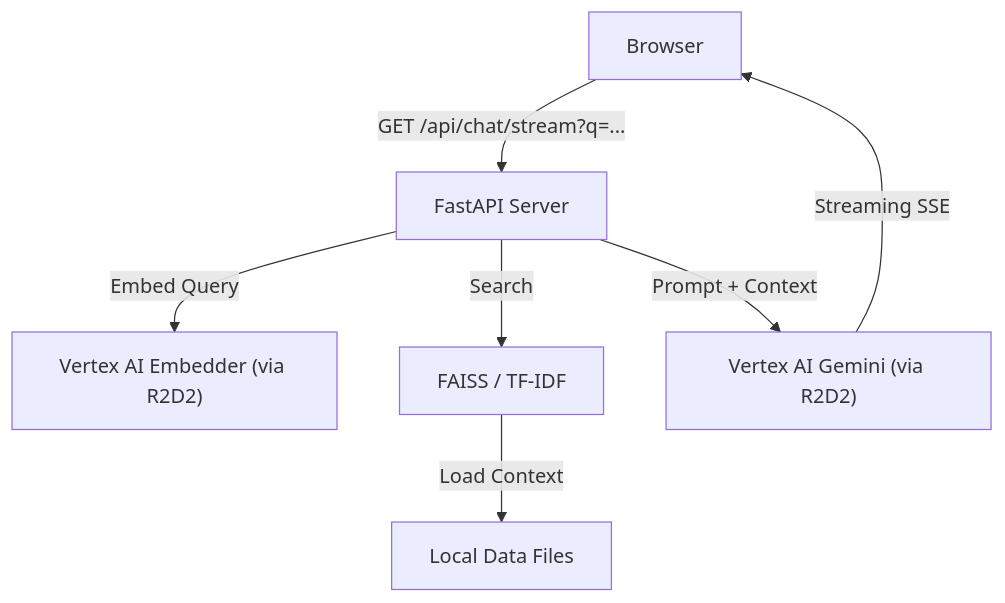
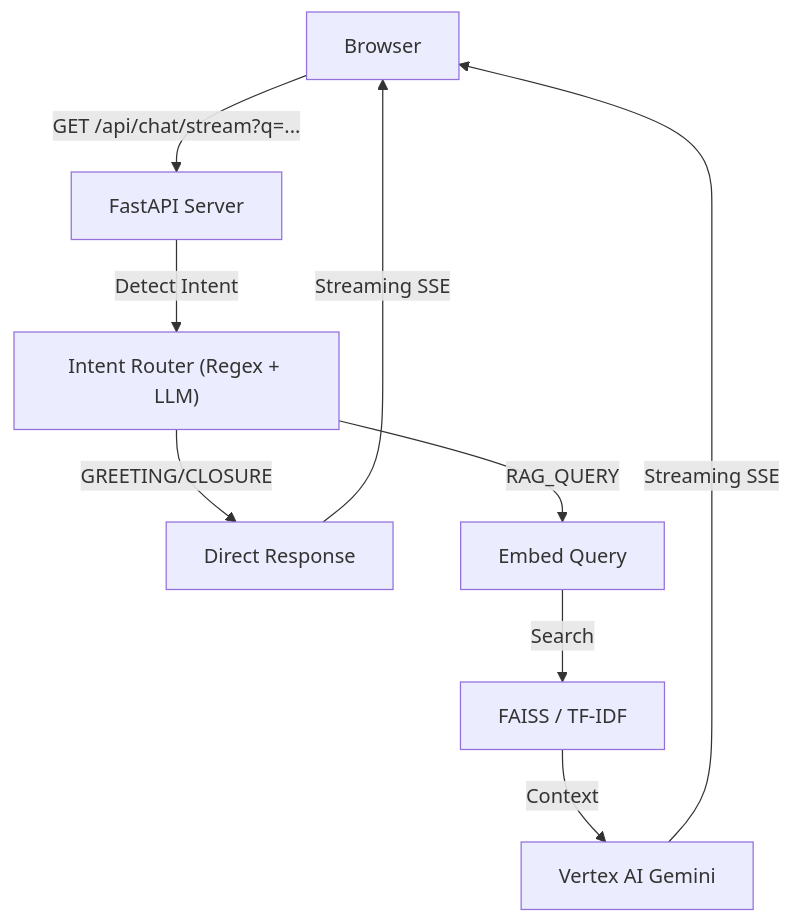
The diagram in ARCHITECTURE.md (sana-work/rag-poc), drawn with Mermaid before and after one commit. The commit also changed other lines of this file and 7 other files, not shown here.

````diff
--- a/ARCHITECTURE.md
+++ b/ARCHITECTURE.md
@@ -9,9 +9,11 @@
 ```mermaid
 graph TD
     Client["Browser"] -- "GET /api/chat/stream?q=..." --> API["FastAPI Server"]
-    API -- "Embed Query" --> Embedder["Vertex AI Embedder (via R2D2)"]
-    API -- "Search" --> Retriever["FAISS / TF-IDF"]
-    Retriever -- "Load Context" --> Files["Local Data Files"]
-    API -- "Prompt + Context" --> LLM["Vertex AI Gemini (via R2D2)"]
+    API -- "Detect Intent" --> Router["Intent Router (Regex + LLM)"]
+    Router -- "GREETING/CLOSURE" --> Respond["Direct Response"]
+    Router -- "RAG_QUERY" --> Embed["Embed Query"]
+    Embed -- "Search" --> Retriever["FAISS / TF-IDF"]
+    Retriever -- "Context" --> LLM["Vertex AI Gemini"]
     LLM -- "Streaming SSE" --> Client
+    Respond -- "Streaming SSE" --> Client
 ```
````
